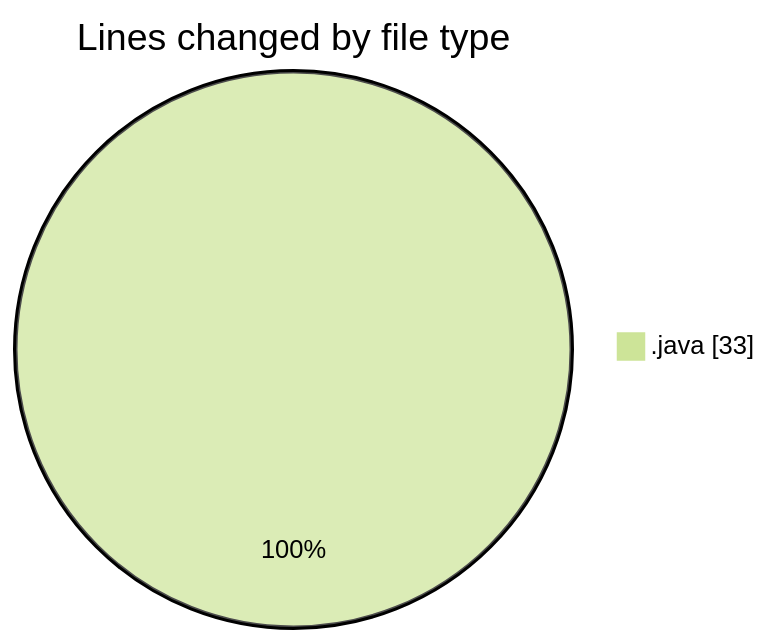
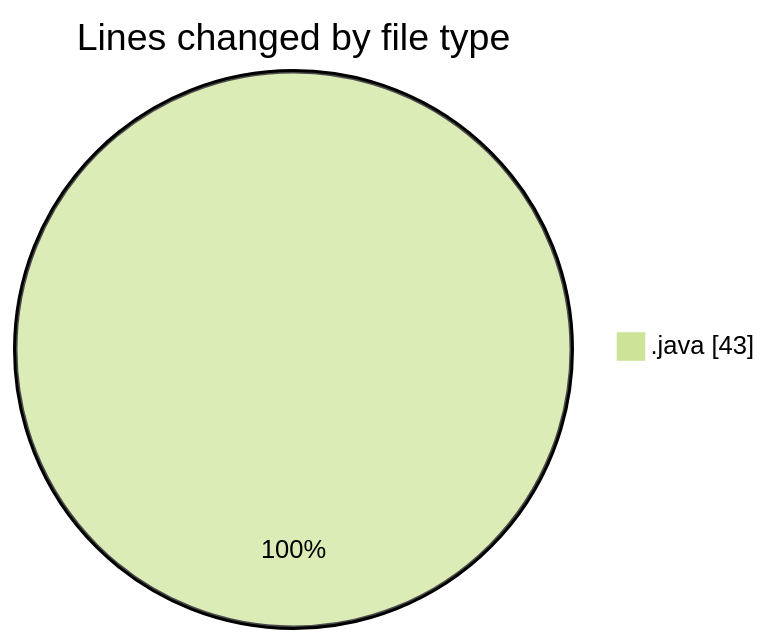
Before and after one commit to NitaiMahat/code-tracking: the first of 2 diagrams in 2025-02-09/coding_prac_2/README.md, drawn with Mermaid (forest theme). The commit also changed other lines of this file and 1 other file, not shown here.

````diff
--- a/2025-02-09/coding_prac_2/README.md
+++ b/2025-02-09/coding_prac_2/README.md
@@ -20,5 +20,5 @@
 ```mermaid
 pie showData
 title Lines changed by file type
-".java" : 33
+".java" : 43
 ```
````
